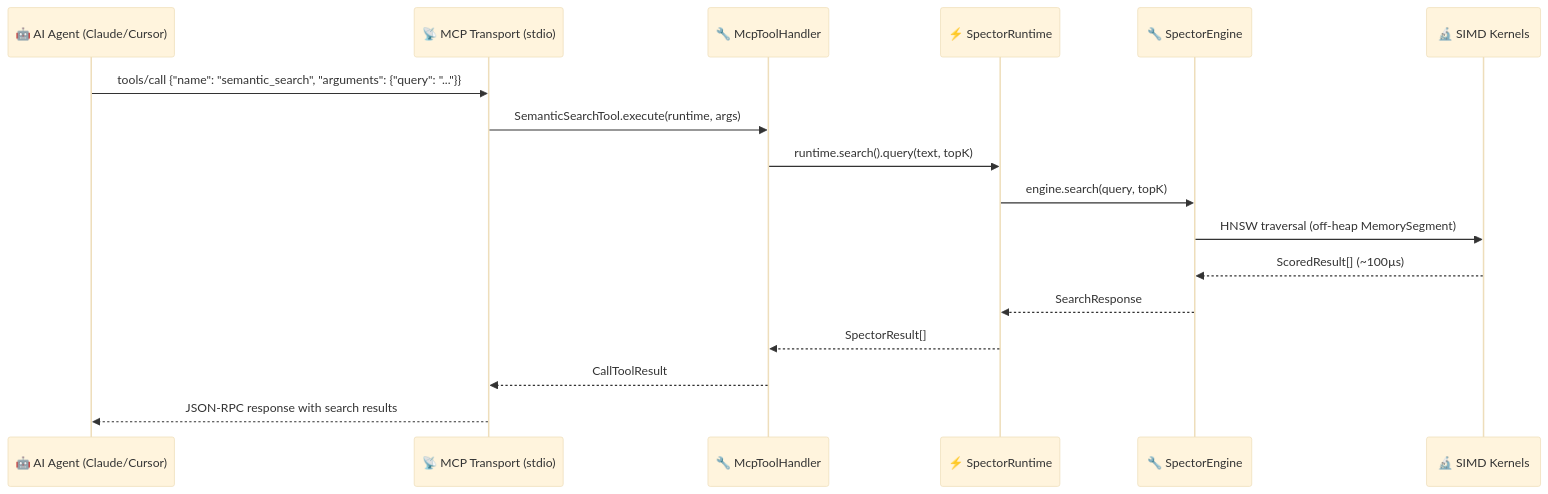
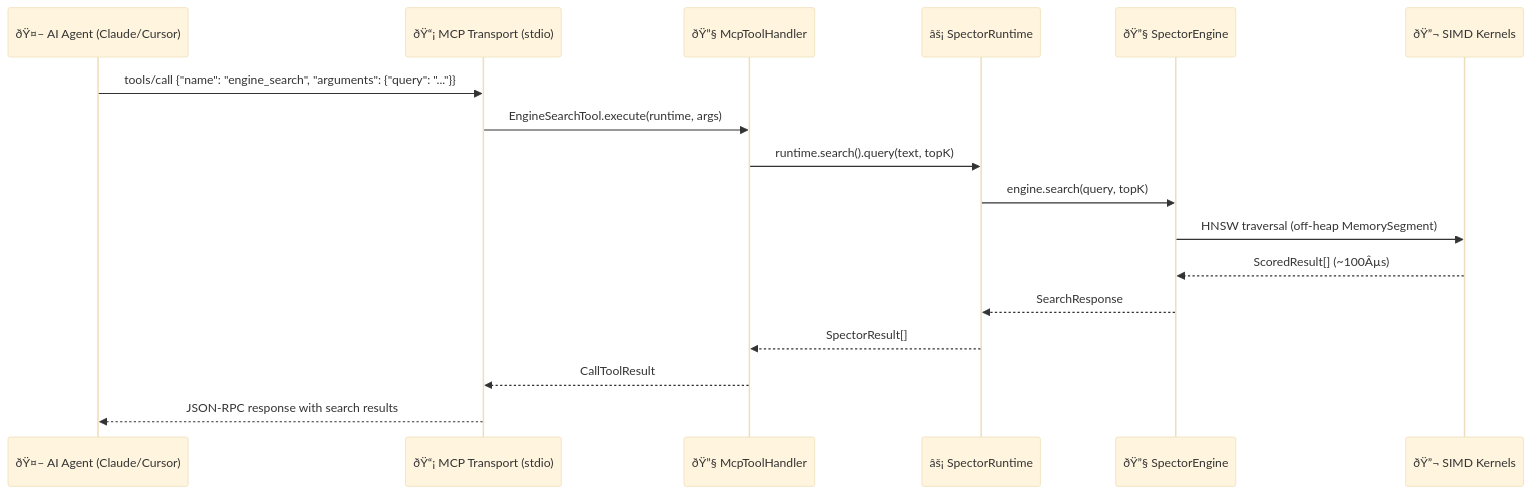
One commit to spectrayan/spector-search changed the fifth of 7 diagrams in docs/docs/architecture/overview.md. Above: the diagram before and after it, drawn with Mermaid (base theme). The commit also changed other lines of this file and 23 other files, not shown here.

````diff
--- a/docs/docs/architecture/overview.md
+++ b/docs/docs/architecture/overview.md
@@ -224,20 +224,20 @@
 ```mermaid
 sequenceDiagram
-    participant Agent as 🤖 AI Agent (Claude/Cursor)
-    participant MCP as 📡 MCP Transport (stdio)
-    participant Handler as 🔧 McpToolHandler
-    participant Runtime as ⚡ SpectorRuntime
-    participant Engine as 🔧 SpectorEngine
-    participant SIMD as 🔬 SIMD Kernels
+    participant Agent as ðŸ¤– AI Agent (Claude/Cursor)
+    participant MCP as ðŸ“¡ MCP Transport (stdio)
+    participant Handler as ðŸ”§ McpToolHandler
+    participant Runtime as âš¡ SpectorRuntime
+    participant Engine as ðŸ”§ SpectorEngine
+    participant SIMD as ðŸ”¬ SIMD Kernels
 
-    Agent->>MCP: tools/call {"name": "semantic_search", "arguments": {"query": "..."}}
-    MCP->>Handler: SemanticSearchTool.execute(runtime, args)
+    Agent->>MCP: tools/call {"name": "engine_search", "arguments": {"query": "..."}}
+    MCP->>Handler: EngineSearchTool.execute(runtime, args)
     Handler->>Runtime: runtime.search().query(text, topK)
     Runtime->>Engine: engine.search(query, topK)
     Engine->>SIMD: HNSW traversal (off-heap MemorySegment)
-    SIMD-->>Engine: ScoredResult[] (~100µs)
+    SIMD-->>Engine: ScoredResult[] (~100Âµs)
     Engine-->>Runtime: SearchResponse
     Runtime-->>Handler: SpectorResult[]
     Handler-->>MCP: CallToolResult
     MCP-->>Agent: JSON-RPC response with search results
 ```
````
